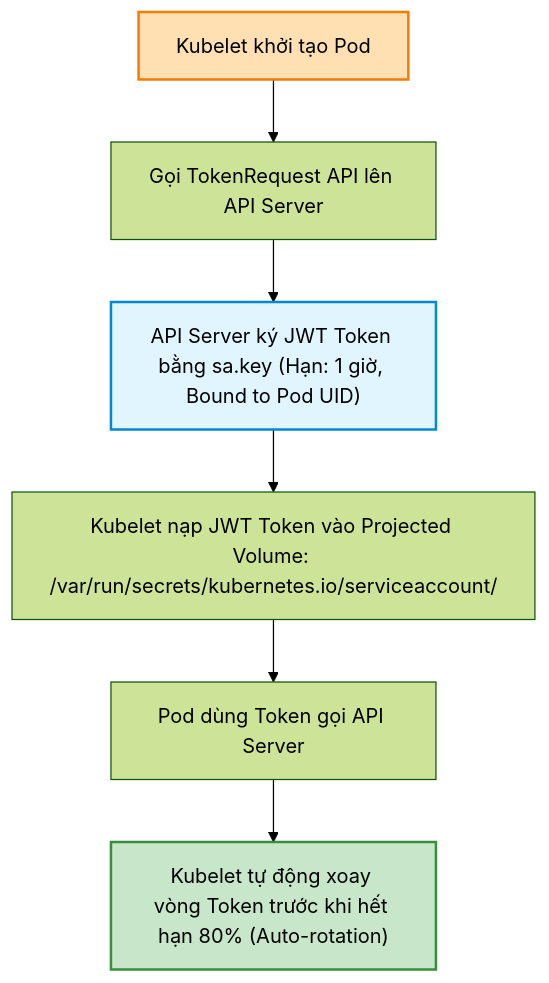
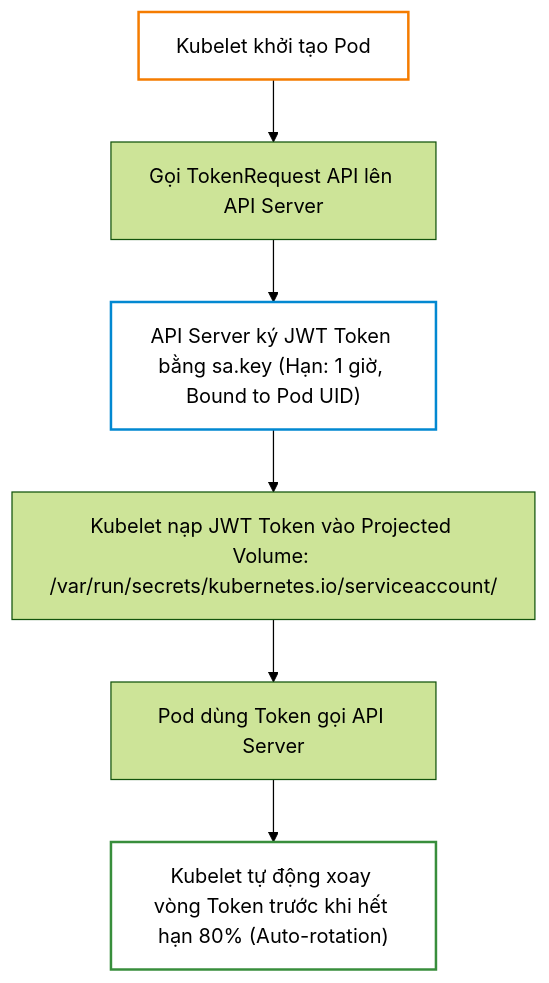
Before and after one commit to kiennt308/ntk: the first of 3 diagrams in _posts/2026-09-12-cka-11-11-serviceaccount-va-token.md, drawn with Mermaid (forest theme). The commit also changed other lines of this file and 207 other files, not shown here.

Commit message:
feat(posts): batch standardize all 208 posts with TL;DR, qa-card accordion, fill:none mermaid, and liquid raw wrappers

````diff
--- a/_posts/2026-09-12-cka-11-11-serviceaccount-va-token.md
+++ b/_posts/2026-09-12-cka-11-11-serviceaccount-va-token.md
@@ -155,12 +159,12 @@
 ```mermaid
 graph TD
     A["Kubelet khởi tạo Pod"] --> B["Gọi TokenRequest API lên API Server"]
     B --> C["API Server ký JWT Token bằng sa.key (Hạn: 1 giờ, Bound to Pod UID)"]
     C --> D["Kubelet nạp JWT Token vào Projected Volume: /var/run/secrets/kubernetes.io/serviceaccount/"]
     D --> E["Pod dùng Token gọi API Server"]
     E --> F["Kubelet tự động xoay vòng Token trước khi hết hạn 80% (Auto-rotation)"]
 
-    style A fill:#ffe0b2,stroke:#f57c00,stroke-width:2px
-    style C fill:#e1f5fe,stroke:#0288d1,stroke-width:2px
-    style F fill:#c8e6c9,stroke:#388e3c,stroke-width:2px
+    style A fill:none,stroke:#f57c00,stroke-width:2px
+    style C fill:none,stroke:#0288d1,stroke-width:2px
+    style F fill:none,stroke:#388e3c,stroke-width:2px
 ```
````
